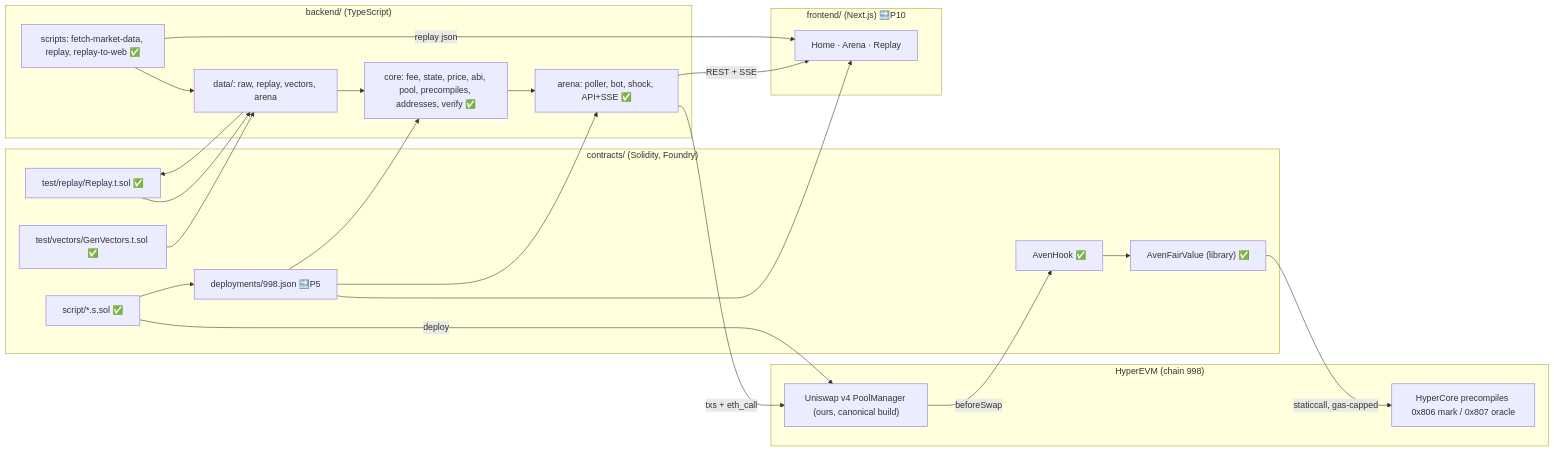
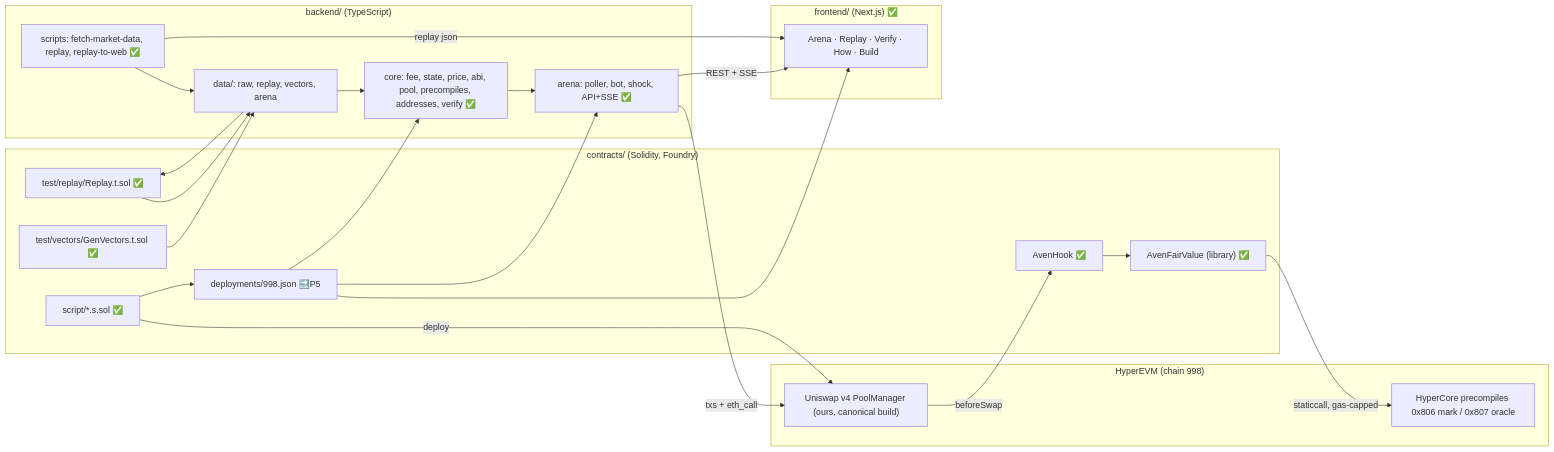
The diagram in docs/FLOW.md (SATISH-JALAN/Aven), drawn with Mermaid before and after one commit. The commit also changed other lines of this file and 4 other files, not shown here.

Commit message:
docs: frontend flow, decisions, recon facts and prompt log after the mainnet merge

````diff
--- a/docs/FLOW.md
+++ b/docs/FLOW.md
@@ -13,34 +13,34 @@
 ```mermaid
 flowchart LR
   subgraph contracts["contracts/ (Solidity, Foundry)"]
     FV["AvenFairValue (library) ✅"]
     HK["AvenHook ✅"]
     SC["script/*.s.sol ✅"]
     DEP["deployments/998.json 🔜P5"]
     REP["test/replay/Replay.t.sol ✅"]
     VEC["test/vectors/GenVectors.t.sol ✅"]
   end
   subgraph chain["HyperEVM (chain 998)"]
     PM["Uniswap v4 PoolManager (ours, canonical build)"]
     PC["HyperCore precompiles 0x806 mark / 0x807 oracle"]
   end
   subgraph backend["backend/ (TypeScript)"]
     CORE["core: fee, state, price, abi, pool, precompiles, addresses, verify ✅"]
     ARENA["arena: poller, bot, shock, API+SSE ✅"]
     SCR["scripts: fetch-market-data, replay, replay-to-web ✅"]
     DATA["data/: raw, replay, vectors, arena"]
   end
-  subgraph frontend["frontend/ (Next.js) 🔜P10"]
-    WEB["Home · Arena · Replay"]
+  subgraph frontend["frontend/ (Next.js) ✅"]
+    WEB["Arena · Replay · Verify · How · Build"]
   end
   SC -->|deploy| PM
   SC --> DEP
   PM -->|beforeSwap| HK --> FV -->|staticcall, gas-capped| PC
   DEP --> CORE & ARENA & WEB
   ARENA -->|txs + eth_call| PM
   ARENA -->|REST + SSE| WEB
   CORE --> ARENA
   VEC --> DATA --> CORE
   SCR --> DATA --> REP --> DATA
   SCR -->|replay json| WEB
 ```
````
